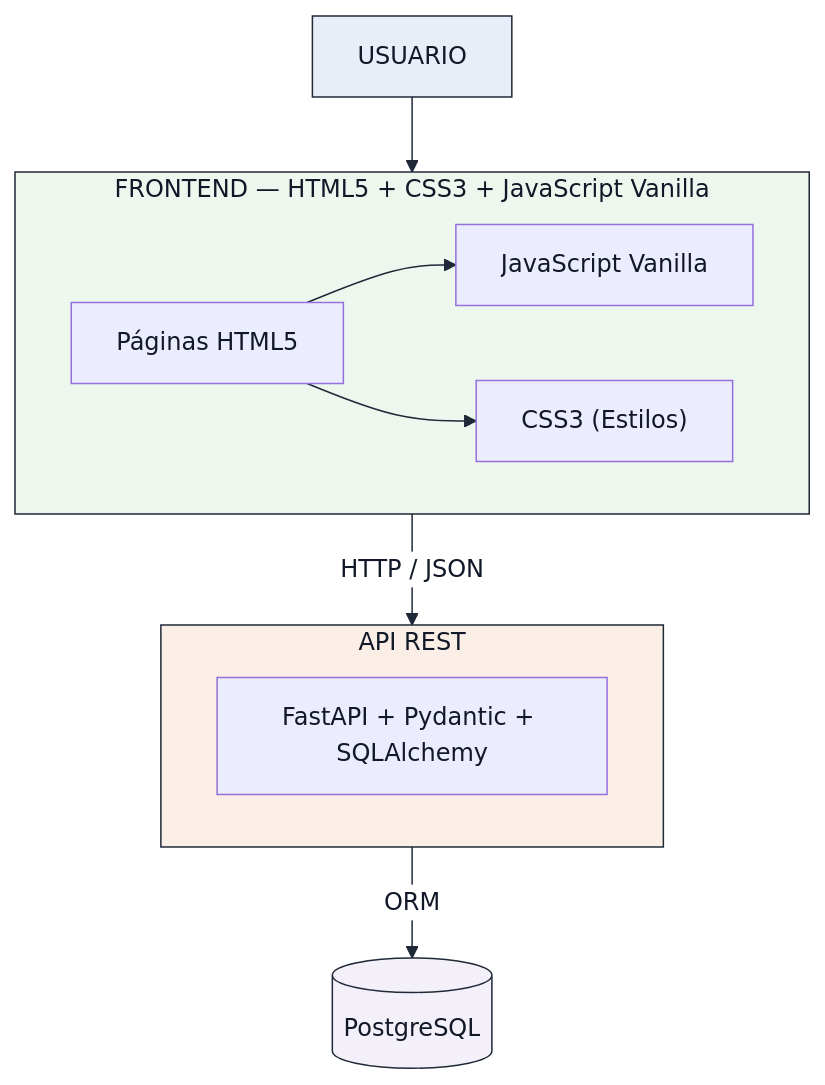
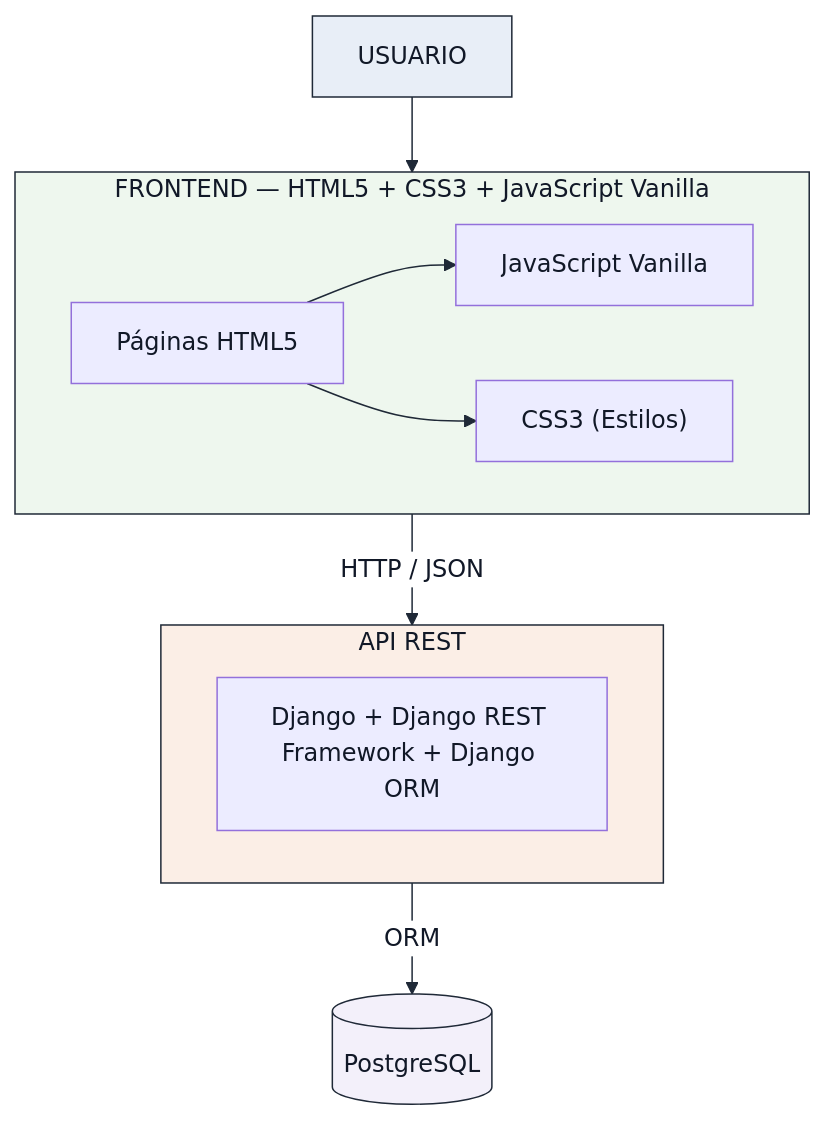
One commit to Darksam03/RuralConecta-ProyectoWeb changed the second of 8 diagrams in docs/arquitectura/estructura-frontend.md. Above: the diagram before and after it, drawn with Mermaid. The commit also changed other lines of this file and 5 other files, not shown here.

````diff
--- a/docs/arquitectura/estructura-frontend.md
+++ b/docs/arquitectura/estructura-frontend.md
@@ -91,27 +91,27 @@
 ```mermaid
 %%{init: {'themeVariables': {'textColor':'#111827','primaryTextColor':'#111827','primaryColor':'#eef2f7','primaryBorderColor':'#1f2937','lineColor':'#1f2937','secondaryColor':'#eef2f7','tertiaryColor':'#f3f4f6','edgeLabelBackground':'#ffffff'}}}%%
 flowchart TD
     U["USUARIO"]
     U --> F
 
     subgraph F["FRONTEND — HTML5 + CSS3 + JavaScript Vanilla"]
         UI["Páginas HTML5"]
         CSS["CSS3 (Estilos)"]
         JS["JavaScript Vanilla"]
         UI --> JS
         UI --> CSS
     end
 
     F -->|"HTTP / JSON"| API
 
     subgraph API["API REST"]
-        DRF["FastAPI + Pydantic + SQLAlchemy"]
+        DRF["Django + Django REST Framework + Django ORM"]
     end
 
     API -->|"ORM"| DB[("PostgreSQL")]
 
     style U fill:#e8eef7,stroke:#1f2937,color:#111827
     style F fill:#eef7ee,stroke:#1f2937,color:#111827
     style API fill:#fbeee6,stroke:#1f2937,color:#111827
     style DB fill:#f3f0fa,stroke:#1f2937,color:#111827
 ```
````
